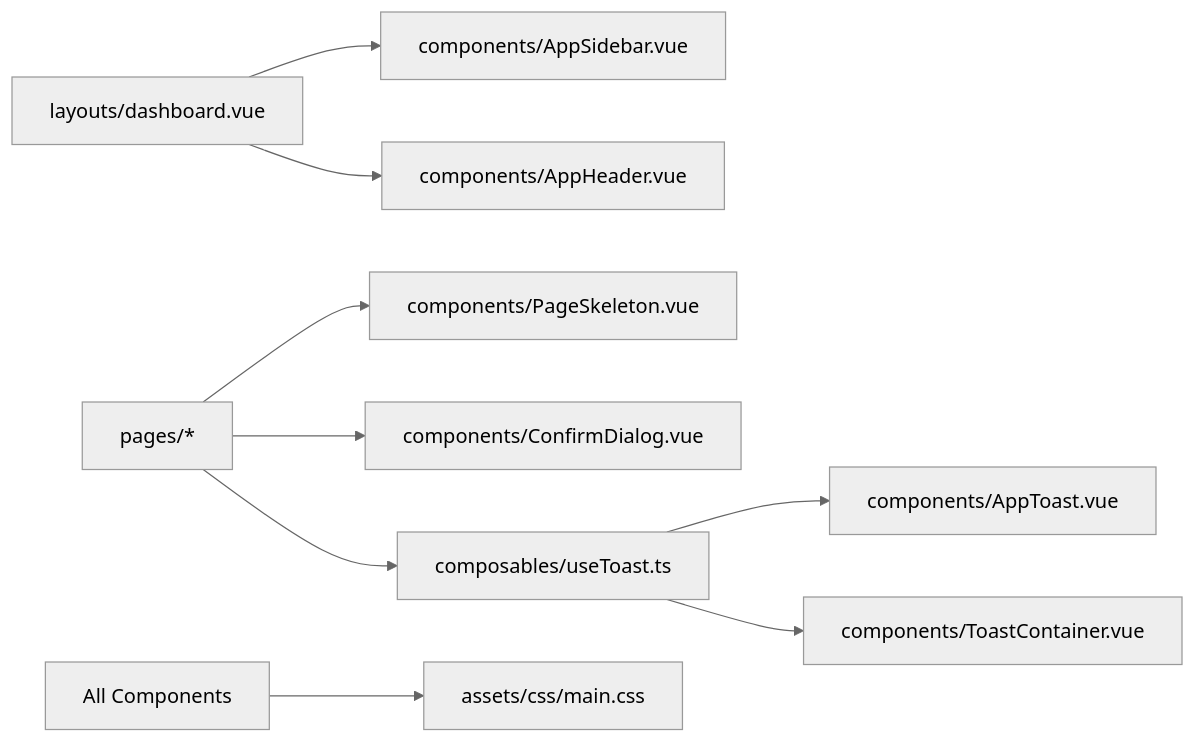
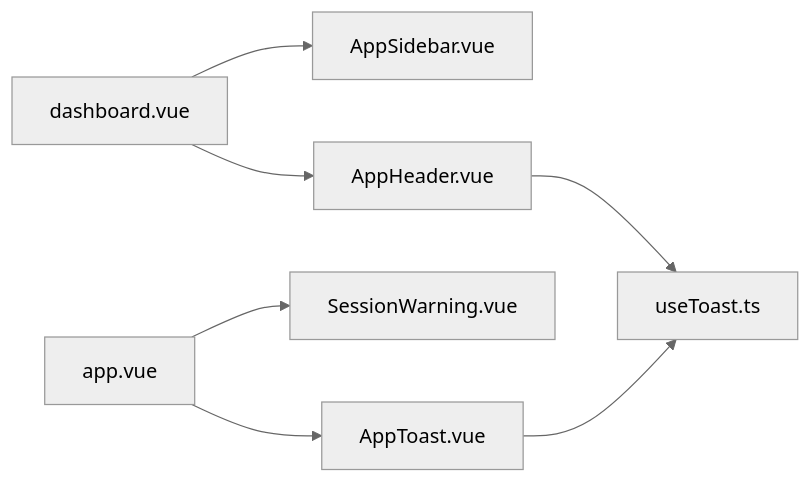
Before and after one commit to Lazynerd-Studios/lacarte-atlas-console: the ninth of 9 diagrams in .qoder/repowiki/en/content/Core UI Components/Core UI Components.md, drawn with Mermaid (neutral theme). The commit also changed other lines of this file and 139 other files, not shown here.

````diff
--- a/.qoder/repowiki/en/content/Core UI Components/Core UI Components.md
+++ b/.qoder/repowiki/en/content/Core UI Components/Core UI Components.md
@@ -370,11 +480,9 @@
 ```mermaid
 graph LR
-Dashboard["layouts/dashboard.vue"] --> Sidebar["components/AppSidebar.vue"]
-Dashboard --> Header["components/AppHeader.vue"]
-Pages["pages/*"] --> Skeleton["components/PageSkeleton.vue"]
-Pages --> Confirm["components/ConfirmDialog.vue"]
-Pages --> ToastAPI["composables/useToast.ts"]
-ToastAPI --> AppToast["components/AppToast.vue"]
-ToastAPI --> ToastContainer["components/ToastContainer.vue"]
-All["All Components"] --> Styles["assets/css/main.css"]
+Dashboard["dashboard.vue"] --> Sidebar["AppSidebar.vue"]
+Dashboard --> Header["AppHeader.vue"]
+Root["app.vue"] --> Session["SessionWarning.vue"]
+Root --> Toast["AppToast.vue"]
+Toast --> Compose["useToast.ts"]
+Header --> Compose
 ```
````
